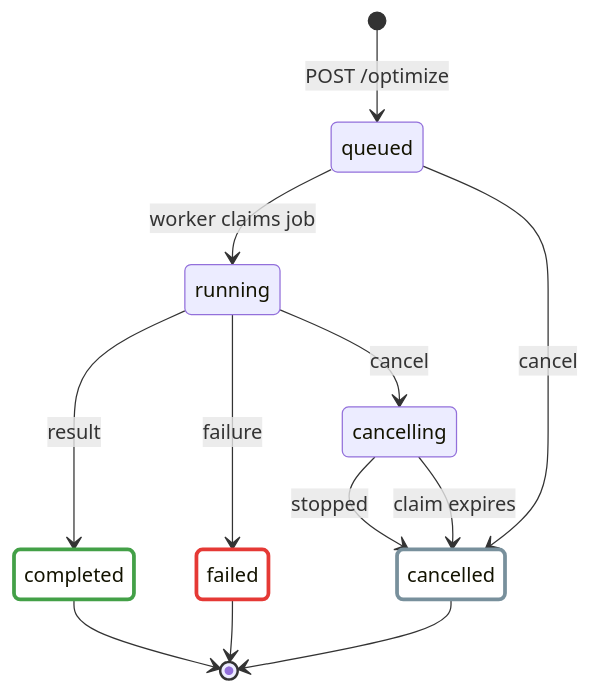
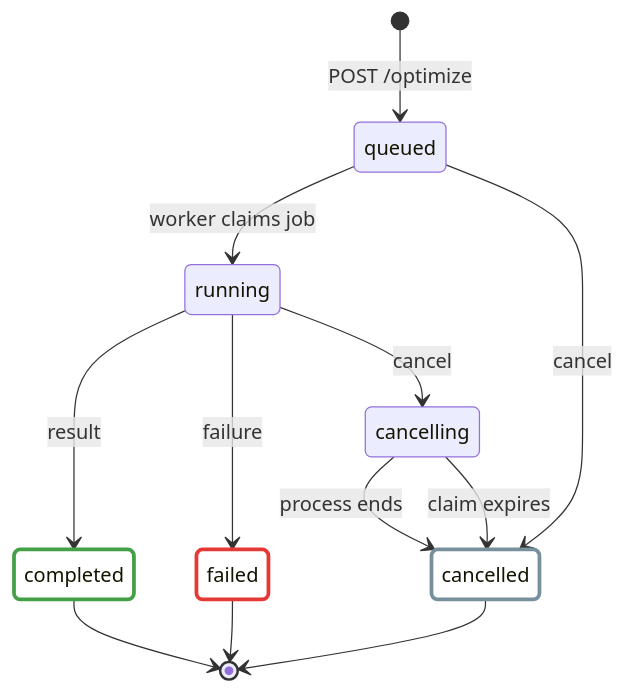
The second of 2 diagrams in docs/backend-server.md (j3soon/nurse-scheduling), drawn with Mermaid before and after one commit. The commit also changed other lines of this file and 13 other files, not shown here.

````diff
--- a/docs/backend-server.md
+++ b/docs/backend-server.md
@@ -83,21 +91,21 @@
 ```mermaid
 stateDiagram-v2
     [*] --> queued: POST /optimize
     queued --> running: worker claims job
     queued --> cancelled: cancel
     running --> completed: result
     running --> failed: failure
     running --> cancelling: cancel
-    cancelling --> cancelled: stopped
+    cancelling --> cancelled: process ends
     cancelling --> cancelled: claim expires
     completed --> [*]
     cancelled --> [*]
     failed --> [*]
 
     classDef completedState fill:transparent,stroke:#43a047,stroke-width:3px
     classDef cancelledState fill:transparent,stroke:#78909c,stroke-width:3px
     classDef failedState fill:transparent,stroke:#e53935,stroke-width:3px
     class completed completedState
     class cancelled cancelledState
     class failed failedState
 ```
````
